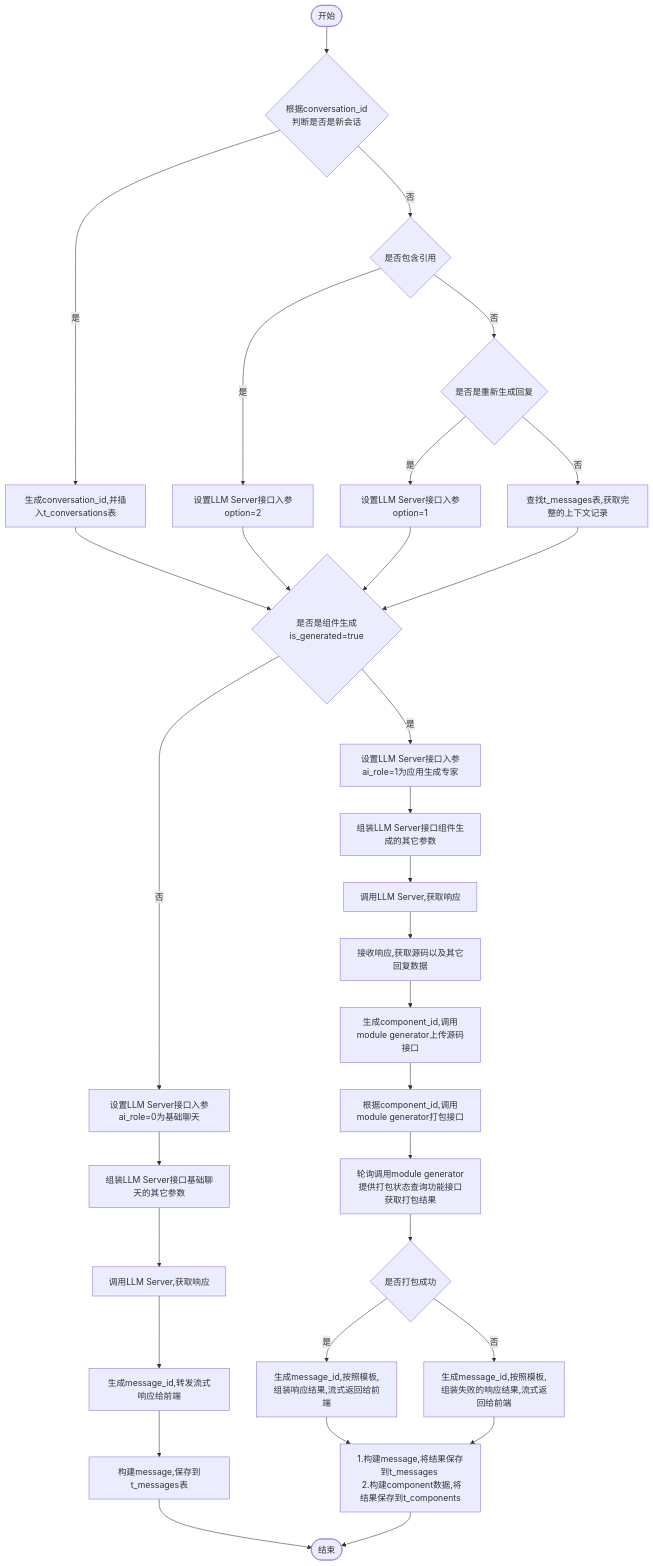
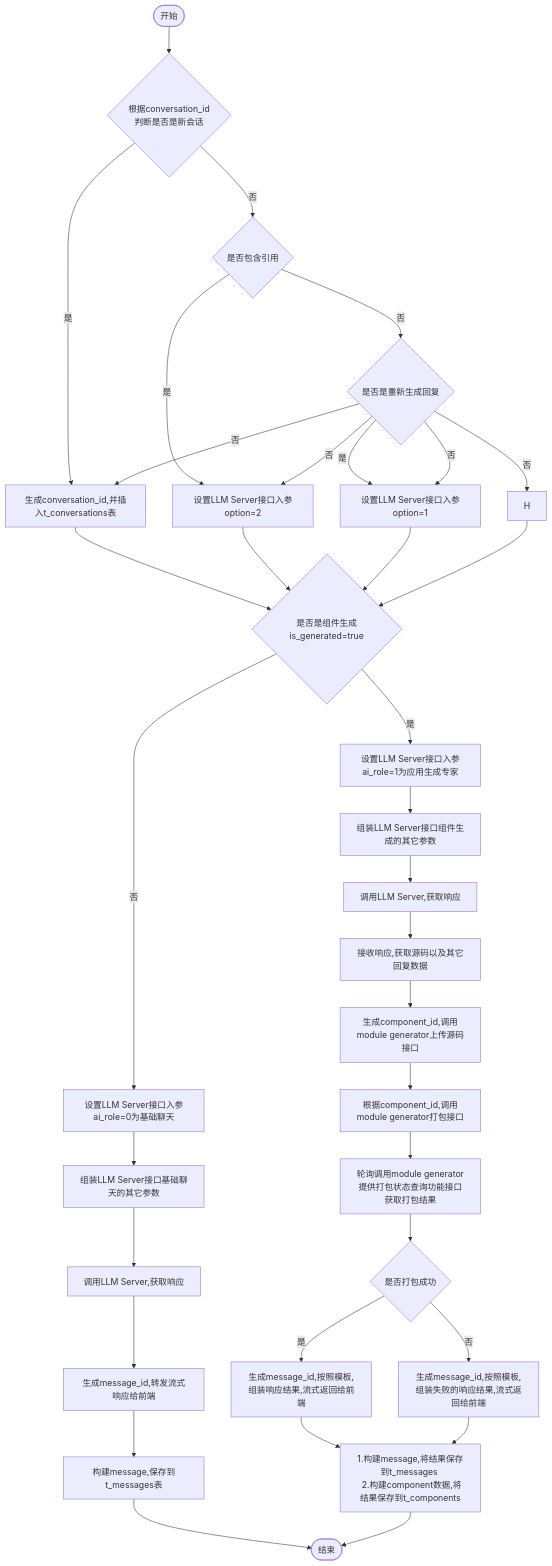
One commit to yingjianzh/iodraw-files changed the diagram in all/w3-会话-不需要传递message.md. Above: the diagram before and after it, drawn with Mermaid.

Commit message:
2024-10-14 11:11:12 update

````diff
--- a/all/w3-会话-不需要传递message.md
+++ b/all/w3-会话-不需要传递message.md
@@ -1,35 +1,35 @@
 ```mermaid
 flowchart TD
     A([开始]) --> B{根据conversation_id \n 判断是否是新会话}
     B -- 是 --> C[生成conversation_id,并插入t_conversations表]
     B -- 否 --> D{是否包含引用}
     D -- 是 --> E[设置LLM Server接口入参option=2]
     D -- 否 --> F{是否是重新生成回复}
     F -- 是 --> G[设置LLM Server接口入参option=1]
-    F -- 否 --> H[查找t_messages表,获取完整的上下文记录]
+    F -- 否 --> 
      
     C & E & G & H --> I{是否是组件生成is_generated=true}
     I -- 是 --> J[设置LLM Server接口入参ai_role=1为应用生成专家]
     I -- 否 --> K[设置LLM Server接口入参ai_role=0为基础聊天]
 
 
     J --> L[组装LLM Server接口组件生成的其它参数]    
     K --> M[组装LLM Server接口基础聊天的其它参数]    
     M --> N[调用LLM Server,获取响应]    
     N --> O[生成message_id,转发流式响应给前端]
     O --> P[构建message,保存到t_messages表]
     P --> R([结束])
 
 
     L --> S[调用LLM Server,获取响应]
     S --> T[接收响应,获取源码以及其它回复数据]
     T --> U[生成component_id,调用module generator上传源码接口]
     U --> V[根据component_id,调用module generator打包接口]
     V --> W[轮询调用module generator提供打包状态查询功能接口获取打包结果]
     W --> X{是否打包成功}
     X -- 是 --> Y[生成message_id,按照模板,组装响应结果,流式返回给前端]
     X -- 否 --> Z[生成message_id,按照模板,组装失败的响应结果,流式返回给前端]
 
     Y & Z --> Result[1.构建message,将结果保存到t_messages \n 2.构建component数据,将结果保存到t_components]
     Result --> R
 ```
````
